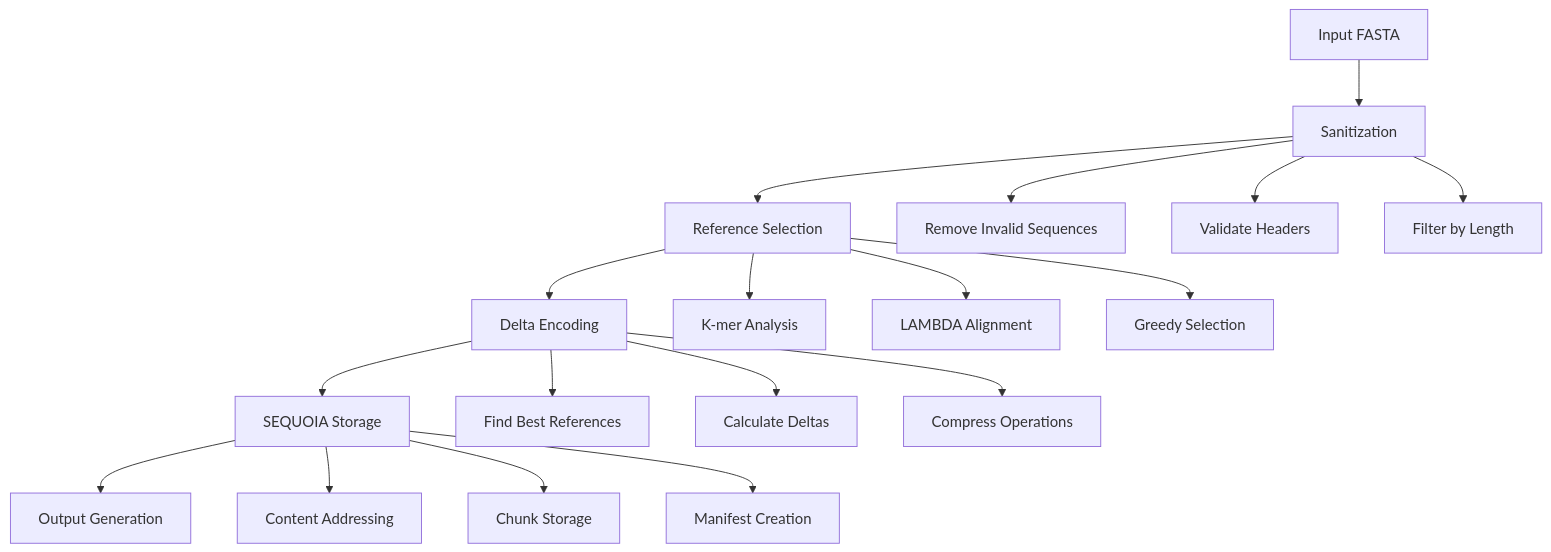
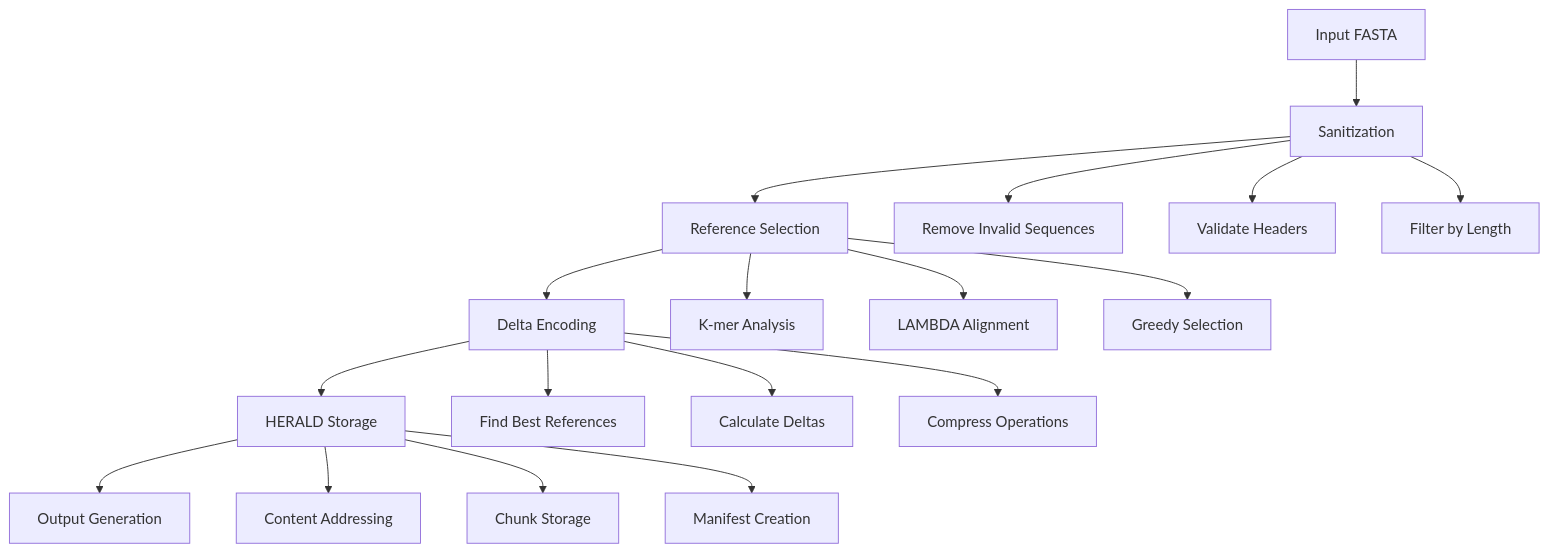
Before and after one commit to bfowle/talaria: the diagram in docs/src/workflows/reduction-workflow.md, drawn with Mermaid. The commit also changed other lines of this file and 405 other files, not shown here.

First line of the commit message:
refactor!: rename SEQUOIA architecture to HERALD

````diff
--- a/docs/src/workflows/reduction-workflow.md
+++ b/docs/src/workflows/reduction-workflow.md
@@ -11,24 +11,24 @@
 ```mermaid
 graph TD
     A[Input FASTA] --> B[Sanitization]
     B --> C[Reference Selection]
     C --> D[Delta Encoding]
-    D --> E[SEQUOIA Storage]
+    D --> E[HERALD Storage]
     E --> F[Output Generation]
 
     B --> B1[Remove Invalid Sequences]
     B --> B2[Validate Headers]
     B --> B3[Filter by Length]
 
     C --> C1[K-mer Analysis]
     C --> C2[LAMBDA Alignment]
     C --> C3[Greedy Selection]
 
     D --> D1[Find Best References]
     D --> D2[Calculate Deltas]
     D --> D3[Compress Operations]
 
     E --> E1[Content Addressing]
     E --> E2[Chunk Storage]
     E --> E3[Manifest Creation]
 ```
````
